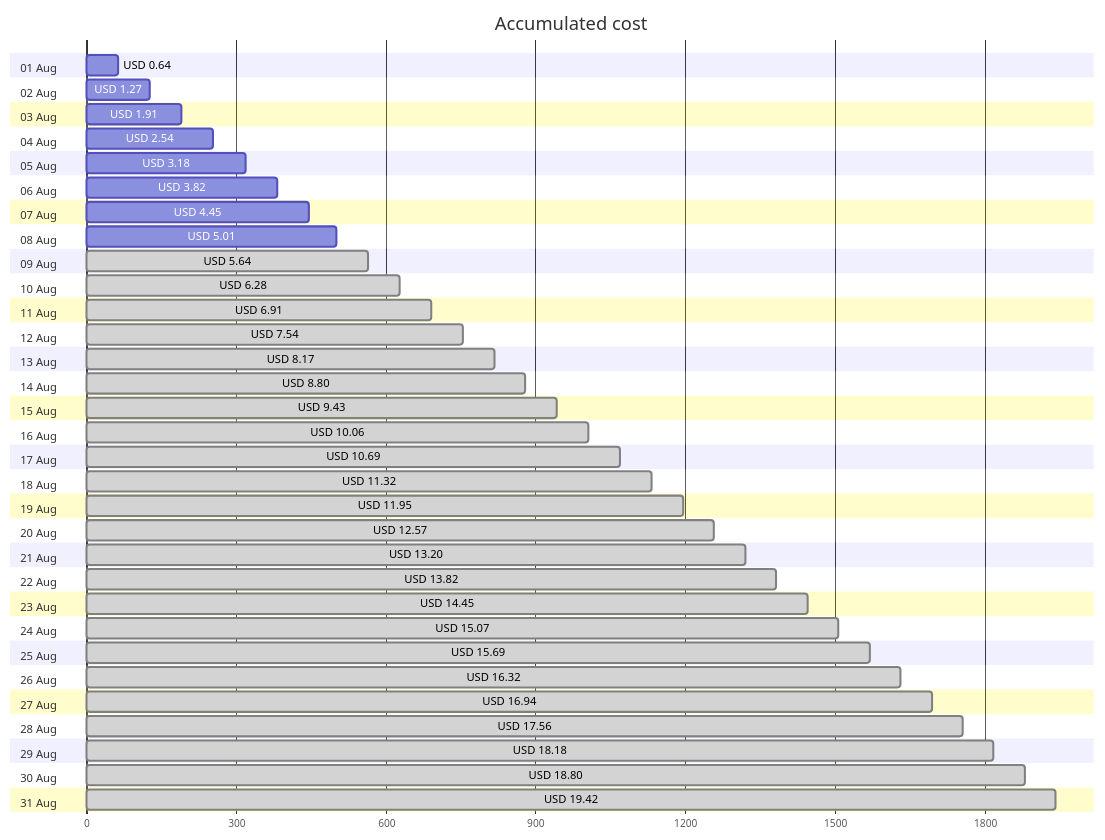
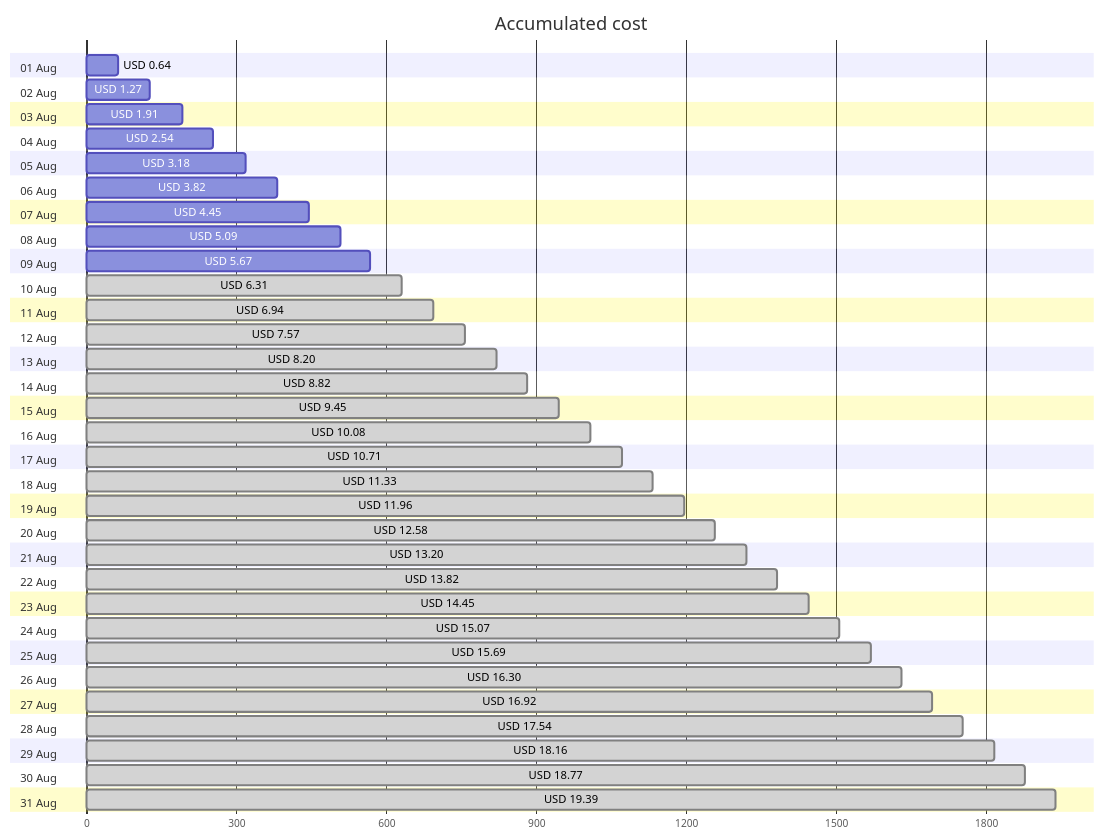
One commit to jpfulton/azure-personal-reports changed the first of 4 diagrams in cost-reports/accumulated-cost.md. Above: the diagram before and after it, drawn with Mermaid. The commit also changed other lines of this file and 4 other files, not shown here.

````diff
--- a/cost-reports/accumulated-cost.md
+++ b/cost-reports/accumulated-cost.md
@@ -20,68 +20,68 @@
 ```mermaid
 gantt
    title Accumulated cost
    dateFormat  X
    axisFormat %s
    section 01 Aug
    USD 0.64 :0, 64
    section 02 Aug
    USD 1.27 :0, 127
    section 03 Aug
    USD 1.91 :0, 191
    section 04 Aug
    USD 2.54 :0, 254
    section 05 Aug
    USD 3.18 :0, 318
    section 06 Aug
    USD 3.82 :0, 382
    section 07 Aug
    USD 4.45 :0, 445
    section 08 Aug
-   USD 5.01 :0, 501
+   USD 5.09 :0, 509
    section 09 Aug
-   USD 5.64 : done, 0, 564
+   USD 5.67 :0, 567
    section 10 Aug
-   USD 6.28 : done, 0, 628
+   USD 6.31 : done, 0, 631
    section 11 Aug
-   USD 6.91 : done, 0, 691
+   USD 6.94 : done, 0, 694
    section 12 Aug
-   USD 7.54 : done, 0, 754
+   USD 7.57 : done, 0, 757
    section 13 Aug
-   USD 8.17 : done, 0, 817
+   USD 8.20 : done, 0, 820
    section 14 Aug
-   USD 8.80 : done, 0, 880
+   USD 8.82 : done, 0, 882
    section 15 Aug
-   USD 9.43 : done, 0, 943
+   USD 9.45 : done, 0, 945
    section 16 Aug
-   USD 10.06 : done, 0, 1006
+   USD 10.08 : done, 0, 1008
    section 17 Aug
-   USD 10.69 : done, 0, 1069
+   USD 10.71 : done, 0, 1071
    section 18 Aug
-   USD 11.32 : done, 0, 1132
+   USD 11.33 : done, 0, 1133
    section 19 Aug
-   USD 11.95 : done, 0, 1195
+   USD 11.96 : done, 0, 1196
    section 20 Aug
-   USD 12.57 : done, 0, 1257
+   USD 12.58 : done, 0, 1258
    section 21 Aug
    USD 13.20 : done, 0, 1320
    section 22 Aug
    USD 13.82 : done, 0, 1382
    section 23 Aug
    USD 14.45 : done, 0, 1445
    section 24 Aug
    USD 15.07 : done, 0, 1507
    section 25 Aug
    USD 15.69 : done, 0, 1569
    section 26 Aug
-   USD 16.32 : done, 0, 1632
+   USD 16.30 : done, 0, 1630
    section 27 Aug
-   USD 16.94 : done, 0, 1694
+   USD 16.92 : done, 0, 1692
    section 28 Aug
-   USD 17.56 : done, 0, 1756
+   USD 17.54 : done, 0, 1754
    section 29 Aug
-   USD 18.18 : done, 0, 1818
+   USD 18.16 : done, 0, 1816
    section 30 Aug
-   USD 18.80 : done, 0, 1880
+   USD 18.77 : done, 0, 1877
    section 31 Aug
-   USD 19.42 : done, 0, 1942
+   USD 19.39 : done, 0, 1939
 ```
````
